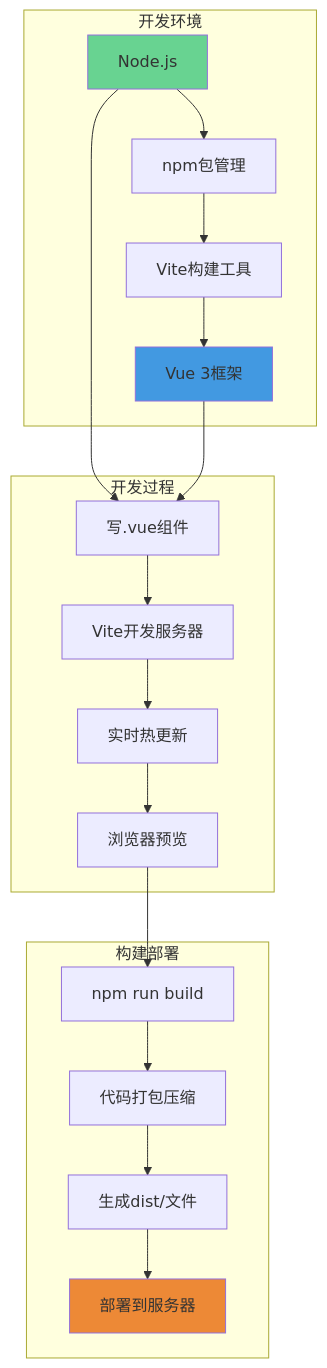
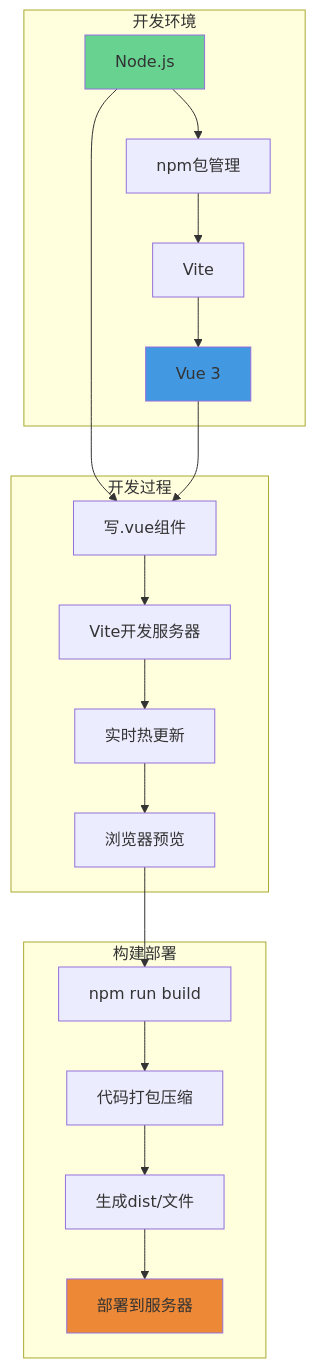
Before and after one commit to codekissyoung/markdown: the second of 2 diagrams in 前端/js/01-nodejs-tutorial.md, drawn with Mermaid. The commit also changed other lines of this file and 2 other files, not shown here.

Commit message:
2025-09-08 自动更新 markdown

````diff
--- a/前端/js/01-nodejs-tutorial.md
+++ b/前端/js/01-nodejs-tutorial.md
@@ -118,28 +119,28 @@
 ```mermaid
 graph TD
     subgraph "开发环境"
         A[Node.js] --> B[npm包管理]
-        B --> C[Vite构建工具]
-        C --> D[Vue 3框架]
+        B --> C[Vite]
+        C --> D[Vue 3]
     end
     
     subgraph "开发过程"
         E[写.vue组件] --> F[Vite开发服务器]
         F --> G[实时热更新]
         G --> H[浏览器预览]
     end
     
     subgraph "构建部署"
         I[npm run build] --> J[代码打包压缩]
         J --> K[生成dist/文件]
         K --> L[部署到服务器]
     end
     
     A --> E
     D --> E
     H --> I
     
     style A fill:#68d391
     style D fill:#4299e1
     style L fill:#ed8936
 ```
````
